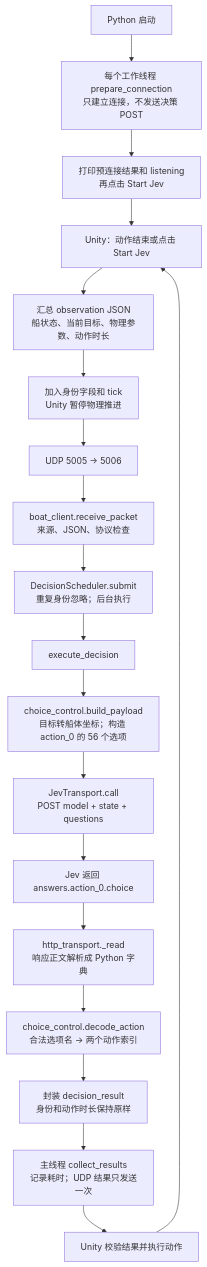
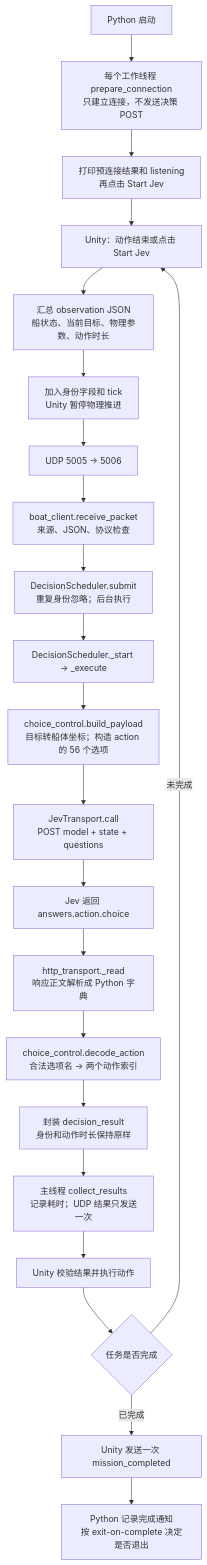
One commit to cocoder777/USV2DSimulator changed the diagram in jev_api/README.md. Above: the diagram before and after it, drawn with Mermaid. The commit also changed other lines of this file and 13 other files, not shown here.

````diff
--- a/jev_api/README.md
+++ b/jev_api/README.md
@@ -45,21 +45,24 @@
 ```mermaid
 flowchart TD
     S[Python 启动] --> P[每个工作线程 prepare_connection<br/>只建立连接，不发送决策 POST]
     P --> R[打印预连接结果和 listening<br/>再点击 Start Jev]
     R --> A
     A[Unity：动作结束或点击 Start Jev] --> B[汇总 observation JSON<br/>船状态、当前目标、物理参数、动作时长]
     B --> C[加入身份字段和 tick<br/>Unity 暂停物理推进]
     C --> D[UDP 5005 → 5006]
     D --> E[boat_client.receive_packet<br/>来源、JSON、协议检查]
     E --> F[DecisionScheduler.submit<br/>重复身份忽略；后台执行]
-    F --> G[execute_decision]
-    G --> H[choice_control.build_payload<br/>目标转船体坐标；构造 action_0 的 56 个选项]
+    F --> G[DecisionScheduler._start → _execute]
+    G --> H[choice_control.build_payload<br/>目标转船体坐标；构造 action 的 56 个选项]
     H --> I[JevTransport.call<br/>POST model + state + questions]
-    I --> J[Jev 返回 answers.action_0.choice]
+    I --> J[Jev 返回 answers.action.choice]
     J --> K[http_transport._read<br/>响应正文解析成 Python 字典]
     K --> L[choice_control.decode_action<br/>合法选项名 → 两个动作索引]
     L --> M[封装 decision_result<br/>身份和动作时长保持原样]
     M --> N[主线程 collect_results<br/>记录耗时；UDP 结果只发送一次]
     N --> O[Unity 校验结果并执行动作]
-    O --> A
+    O --> Q{任务是否完成}
+    Q -->|未完成| A
+    Q -->|已完成| T[Unity 发送一次 mission_completed]
+    T --> U[Python 记录完成通知<br/>按 exit-on-complete 决定是否退出]
 ```
````
